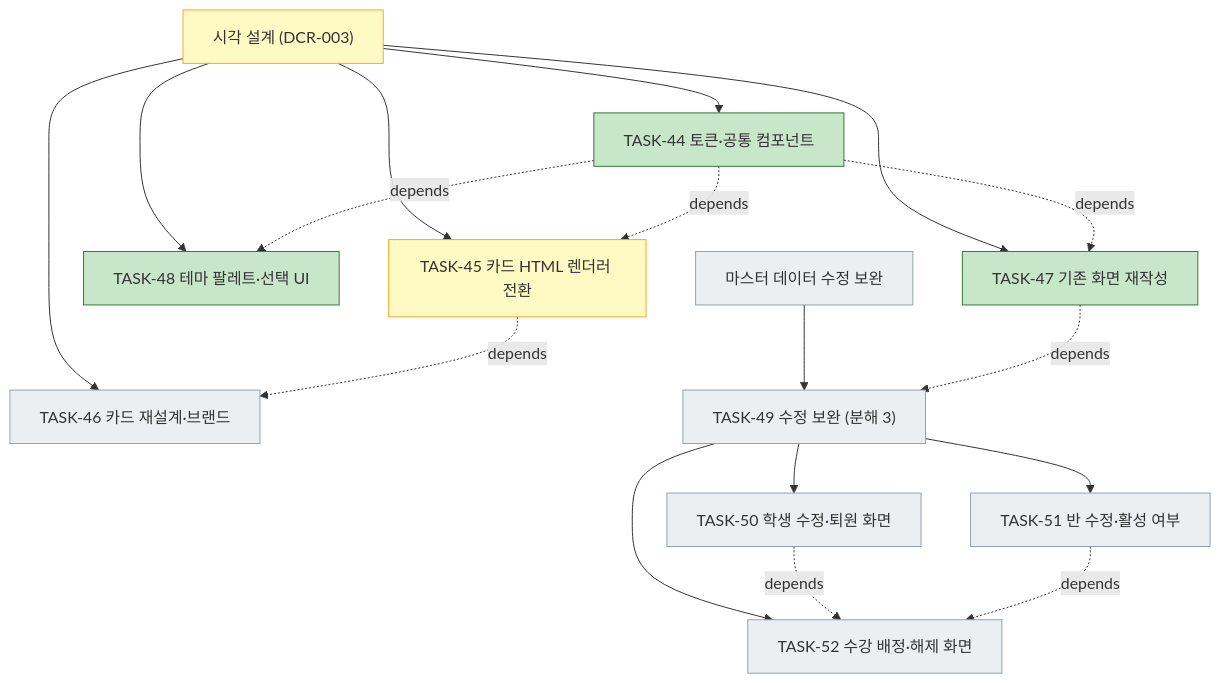
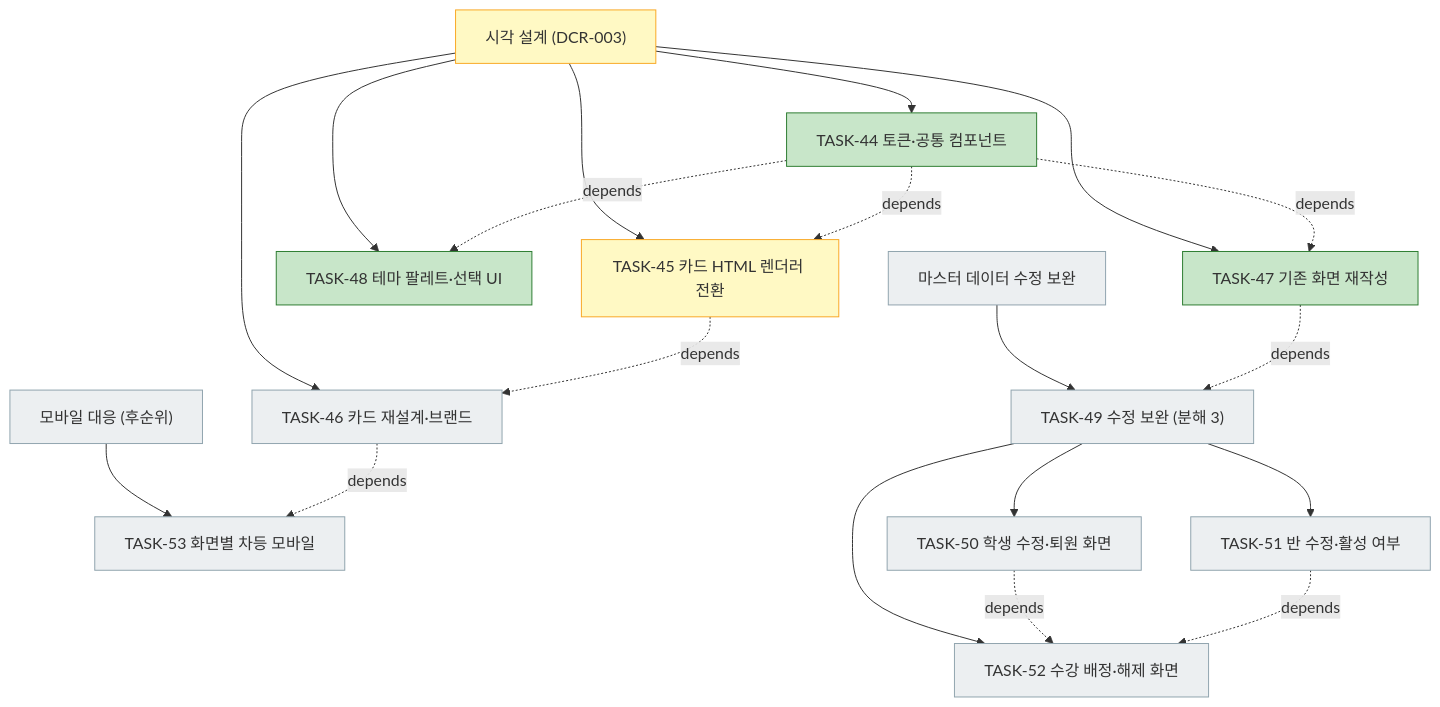
The fourth of 4 diagrams in docs/plan.md (bluesky5008/mathdesk), drawn with Mermaid before and after one commit. The commit also changed other lines of this file and 5 other files, not shown here.

First line of the commit message:
docs: 기준선 v6 발행 — 화면별 차등 모바일 지원 (DCR-005)

````diff
--- a/docs/plan.md
+++ b/docs/plan.md
@@ -219,24 +223,27 @@
 ```mermaid
 flowchart TD
     V["시각 설계 (DCR-003)"]:::active
     V --> T44["TASK-44 토큰·공통 컴포넌트"]:::done
     V --> T47["TASK-47 기존 화면 재작성"]:::done
     V --> T48["TASK-48 테마 팔레트·선택 UI"]:::done
     V --> T45["TASK-45 카드 HTML 렌더러 전환"]:::active
     V --> T46["TASK-46 카드 재설계·브랜드"]:::todo
+    MO["모바일 대응 (후순위)"]:::todo
+    MO --> T53["TASK-53 화면별 차등 모바일"]:::todo
+    T46 -. depends .-> T53
     M["마스터 데이터 수정 보완"]:::todo
     M --> T49["TASK-49 수정 보완 (분해 3)"]:::todo
     T49 --> T50["TASK-50 학생 수정·퇴원 화면"]:::todo
     T49 --> T51["TASK-51 반 수정·활성 여부"]:::todo
     T49 --> T52["TASK-52 수강 배정·해제 화면"]:::todo
     T44 -. depends .-> T47
     T44 -. depends .-> T48
     T44 -. depends .-> T45
     T45 -. depends .-> T46
     T47 -. depends .-> T49
     T50 -. depends .-> T52
     T51 -. depends .-> T52
     classDef done fill:#c8e6c9,stroke:#2e7d32
     classDef active fill:#fff9c4,stroke:#f9a825
     classDef todo fill:#eceff1,stroke:#90a4ae
 ```
````
